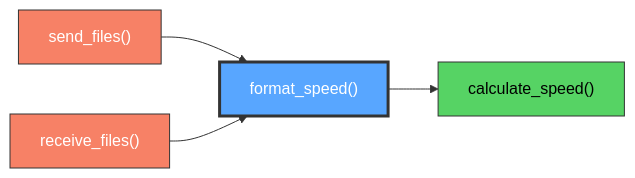
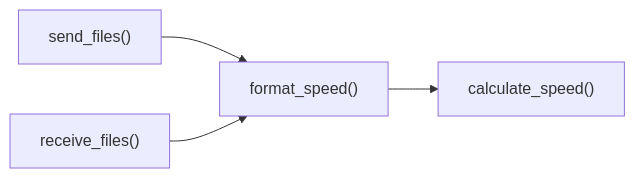
One commit to proudsunburn/ftransfer changed the diagram in docs/format_speed.md. Above: the diagram before and after it, drawn with Mermaid. The commit also changed 23 other files, not shown here.

Commit message:
MINOR: Remove colors from mermaid for easy light/dark mode switching

````diff
--- a/docs/format_speed.md
+++ b/docs/format_speed.md
@@ -11,15 +11,11 @@
 ```mermaid
 graph LR
-    send_files["send_files()"]:::red
-    receive_files["receive_files()"]:::red
-    format_speed["format_speed()"]:::highlight
-    calculate_speed["calculate_speed()"]:::green
+    send_files["send_files()"]
+    receive_files["receive_files()"]
+    format_speed["format_speed()"]
+    calculate_speed["calculate_speed()"]
 
     send_files --> format_speed
     receive_files --> format_speed
     format_speed --> calculate_speed
-
-    classDef red fill:#f78166,stroke:#333,color:#fff
-    classDef highlight fill:#58a6ff,stroke:#333,color:#fff,stroke-width:3px
-    classDef green fill:#56d364,stroke:#333,color:#000
 ```
````
